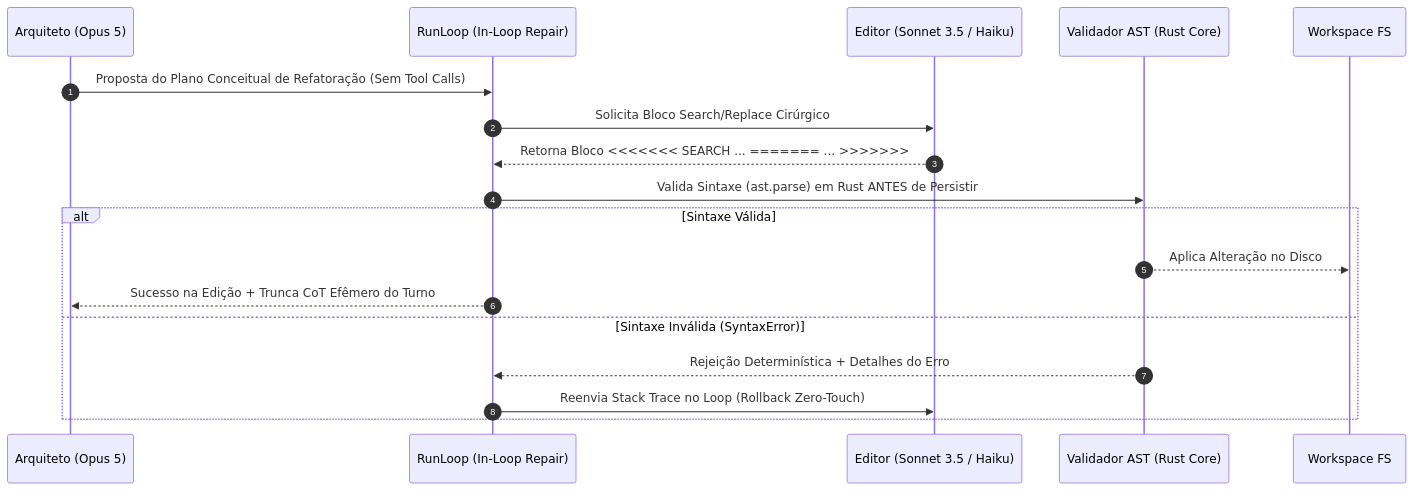
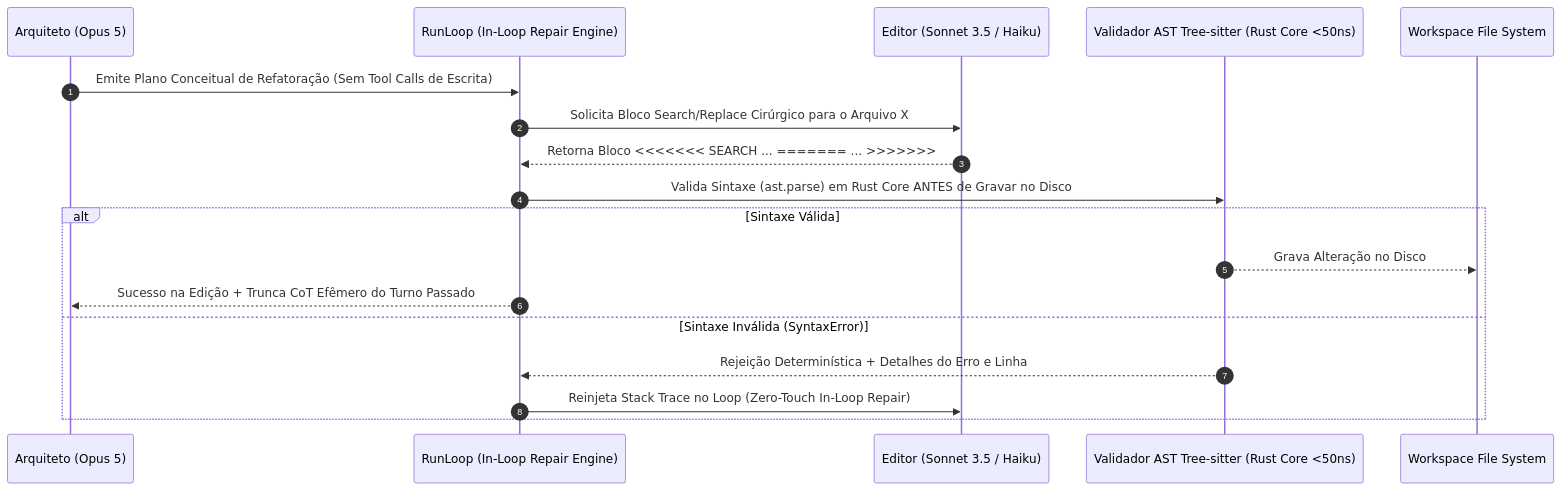
The first of 6 diagrams in docs/rationale/rewrite_b/rewrite_v300_decisoes_adr_B.md (brainopensource/Harness-D-power), drawn with Mermaid before and after one commit. The commit also changed other lines of this file and 13 other files, not shown here.

````diff
--- a/docs/rationale/rewrite_b/rewrite_v300_decisoes_adr_B.md
+++ b/docs/rationale/rewrite_b/rewrite_v300_decisoes_adr_B.md
@@ -30,21 +31,21 @@
 ```mermaid
 sequenceDiagram
     autonumber
     participant LLM_Arch as Arquiteto (Opus 5)
-    participant Agent as RunLoop (In-Loop Repair)
+    participant Agent as RunLoop (In-Loop Repair Engine)
     participant LLM_Edit as Editor (Sonnet 3.5 / Haiku)
-    participant AST as Validador AST (Rust Core)
-    participant FS as Workspace FS
+    participant AST as Validador AST Tree-sitter (Rust Core <50ns)
+    participant FS as Workspace File System
 
-    LLM_Arch->>Agent: Proposta do Plano Conceitual de Refatoração (Sem Tool Calls)
-    Agent->>LLM_Edit: Solicita Bloco Search/Replace Cirúrgico
+    LLM_Arch->>Agent: Emite Plano Conceitual de Refatoração (Sem Tool Calls de Escrita)
+    Agent->>LLM_Edit: Solicita Bloco Search/Replace Cirúrgico para o Arquivo X
     LLM_Edit-->>Agent: Retorna Bloco <<<<<<< SEARCH ... ======= ... >>>>>>>
-    Agent->>AST: Valida Sintaxe (ast.parse) em Rust ANTES de Persistir
+    Agent->>AST: Valida Sintaxe (ast.parse) em Rust Core ANTES de Gravar no Disco
     alt Sintaxe Válida
-        AST-->>FS: Aplica Alteração no Disco
-        Agent-->>LLM_Arch: Sucesso na Edição + Trunca CoT Efêmero do Turno
+        AST-->>FS: Grava Alteração no Disco
+        Agent-->>LLM_Arch: Sucesso na Edição + Trunca CoT Efêmero do Turno Passado
     else Sintaxe Inválida (SyntaxError)
-        AST-->>Agent: Rejeição Determinística + Detalhes do Erro
-        Agent->>LLM_Edit: Reenvia Stack Trace no Loop (Rollback Zero-Touch)
+        AST-->>Agent: Rejeição Determinística + Detalhes do Erro e Linha
+        Agent->>LLM_Edit: Reinjeta Stack Trace no Loop (Zero-Touch In-Loop Repair)
     end
 ```
````
